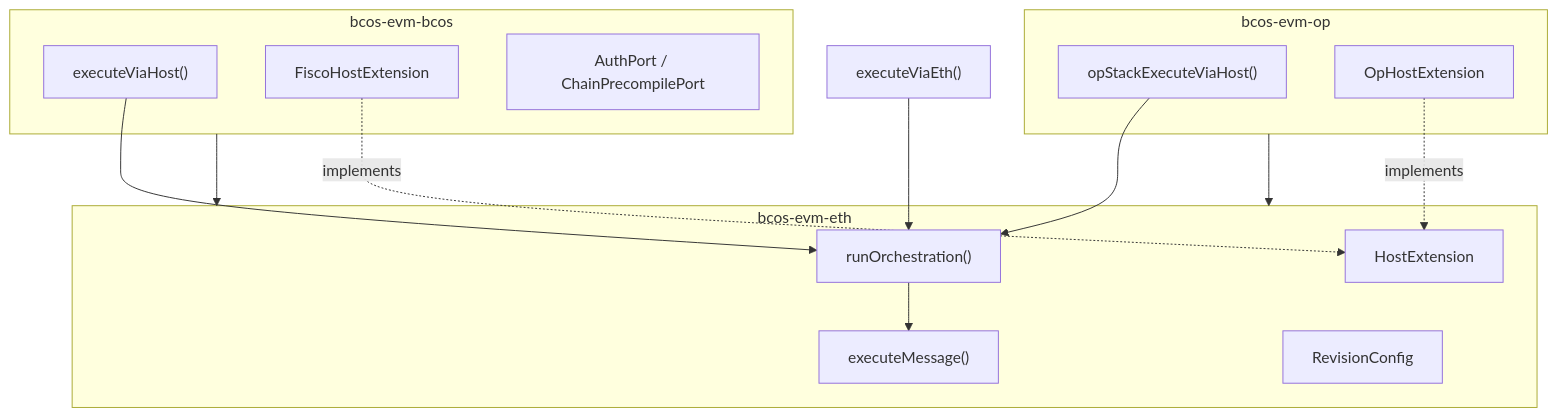
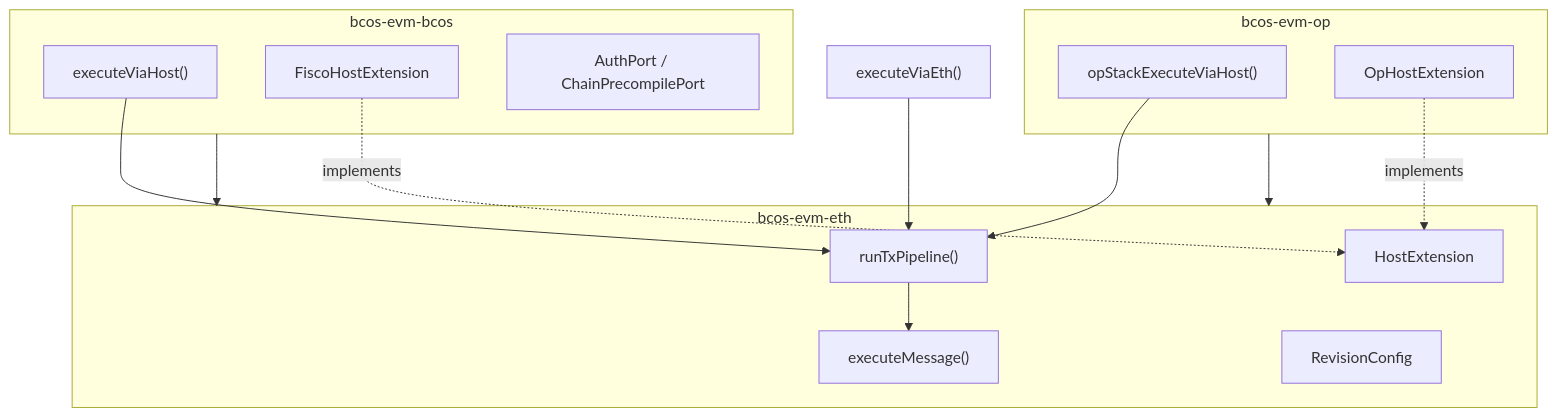
Before and after one commit to ywy2090/FISCO-BCOS: the diagram in bcos-evm/docs/review-pack.md, drawn with Mermaid. The commit also changed other lines of this file and 144 other files, not shown here.

````diff
--- a/bcos-evm/docs/review-pack.md
+++ b/bcos-evm/docs/review-pack.md
@@ -43,26 +43,26 @@
 ```mermaid
 graph TD
     subgraph kernel["bcos-evm-eth"]
-        RO["runOrchestration()"]
+        RO["runTxPipeline()"]
         EM["executeMessage()"]
         HE["HostExtension"]
         RC["RevisionConfig"]
     end
     subgraph bcos["bcos-evm-bcos"]
         EVH["executeViaHost()"]
         FHE["FiscoHostExtension"]
         PORTS["AuthPort / ChainPrecompilePort"]
     end
     subgraph op["bcos-evm-op"]
         OEVH["opStackExecuteViaHost()"]
         OHE["OpHostExtension"]
     end
     EVH --> RO
     OEVH --> RO
     ETH["executeViaEth()"] --> RO
     RO --> EM
     FHE -.implements.-> HE
     OHE -.implements.-> HE
     bcos --> kernel
     op --> kernel
 ```
````
